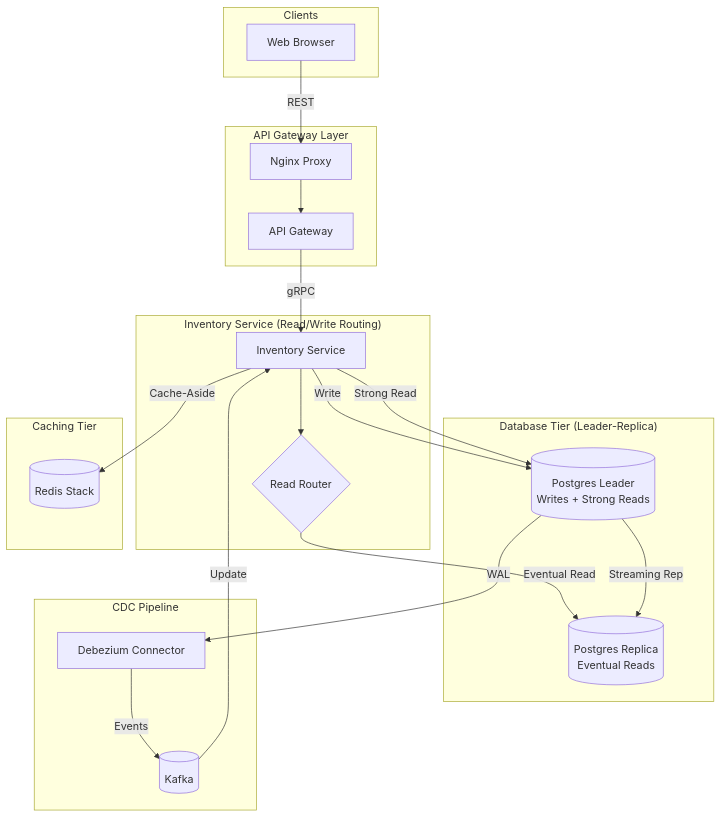
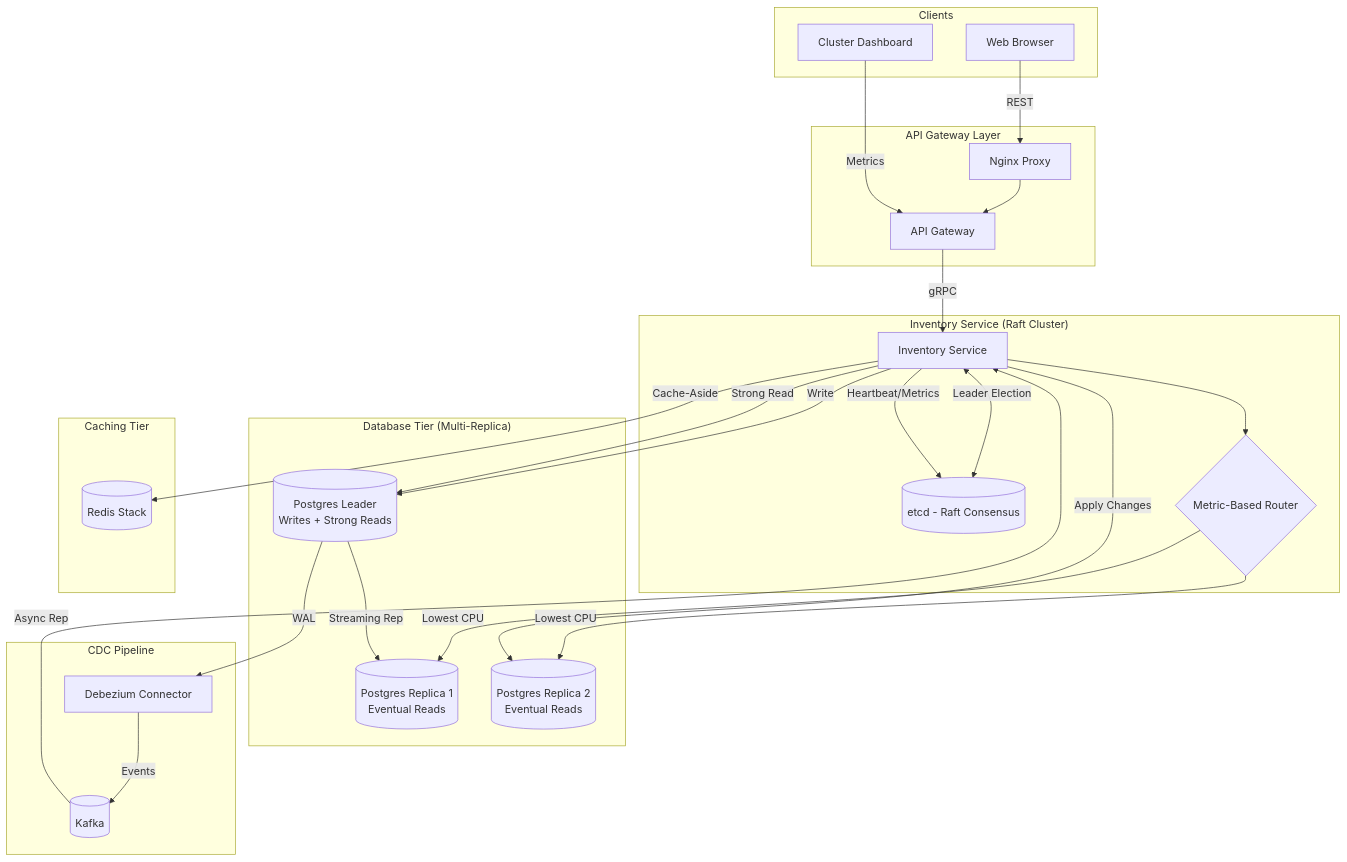
The diagram in order-processing-system/README.md (sairam0424/gRPC-micro-services), drawn with Mermaid before and after one commit. The commit also changed other lines of this file and 11 other files, not shown here.

Commit message:
feat: Implement high availability and multi-replica support with Patroni(cluster management), etcd(Raft Algorithm for distributed consensus), HAProxy, and async database replication through CDC pipeline.

````diff
--- a/order-processing-system/README.md
+++ b/order-processing-system/README.md
@@ -22,49 +25,59 @@
 ```mermaid
 flowchart TD
     subgraph "Clients"
         Client[Web Browser]
+        Dashboard[Cluster Dashboard]
     end
 
     subgraph "API Gateway Layer"
         Proxy[Nginx Proxy]
         Gateway[API Gateway]
     end
 
-    subgraph "Inventory Service (Read/Write Routing)"
+    subgraph "Inventory Service (Raft Cluster)"
         Inventory[Inventory Service]
-        ReadRouter{Read Router}
+        ETCD[(etcd - Raft Consensus)]
+        MetricsRouter{Metric-Based Router}
     end
 
-    subgraph "Database Tier (Leader-Replica)"
+    subgraph "Database Tier (Multi-Replica)"
         LeaderDB[(Postgres Leader\nWrites + Strong Reads)]
-        ReplicaDB[(Postgres Replica\nEventual Reads)]
+        Replica1[(Postgres Replica 1\nEventual Reads)]
+        Replica2[(Postgres Replica 2\nEventual Reads)]
     end
 
     subgraph "CDC Pipeline"
         Debezium[Debezium Connector]
         Kafka[(Kafka)]
     end
 
     subgraph "Caching Tier"
         Redis[(Redis Stack)]
     end
 
     %% Flow
     Client -->|REST| Proxy
     Proxy --> Gateway
     Gateway -->|gRPC| Inventory
+    Dashboard -->|Metrics| Gateway
     
     Inventory -->|Write| LeaderDB
     Inventory -->|Strong Read| LeaderDB
-    Inventory --> ReadRouter
-    ReadRouter -->|Eventual Read| ReplicaDB
+    Inventory --> MetricsRouter
+    MetricsRouter -->|Lowest CPU| Replica1
+    MetricsRouter -->|Lowest CPU| Replica2
+
+    %% Raft & Consensus
+    Inventory <-->|Leader Election| ETCD
+    Inventory -->|Heartbeat/Metrics| ETCD
 
     %% Replication & CDC
-    LeaderDB -->|Streaming Rep| ReplicaDB
+    LeaderDB -->|Streaming Rep| Replica1
     LeaderDB -->|WAL| Debezium
     Debezium -->|Events| Kafka
-    Kafka -->|Update| Inventory
+    Kafka -->|Async Rep| Inventory
+    Inventory -->|Apply Changes| Replica2
     
     %% Caching
     Inventory -->|Cache-Aside| Redis
 ```
````
